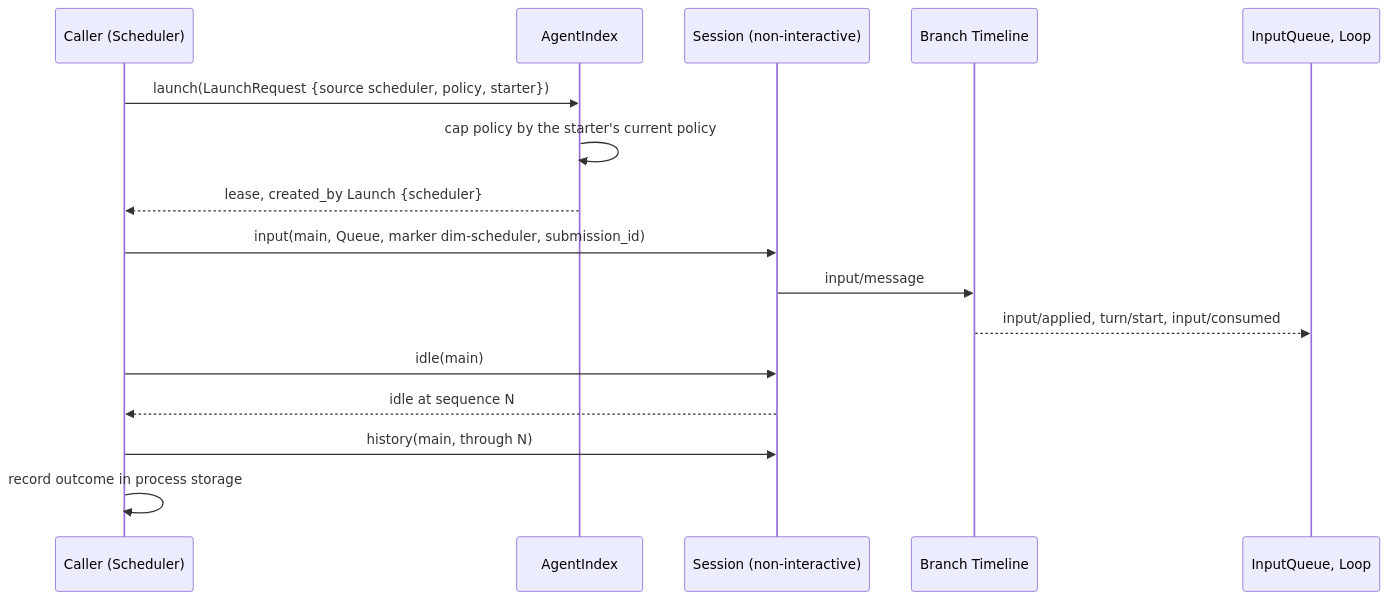
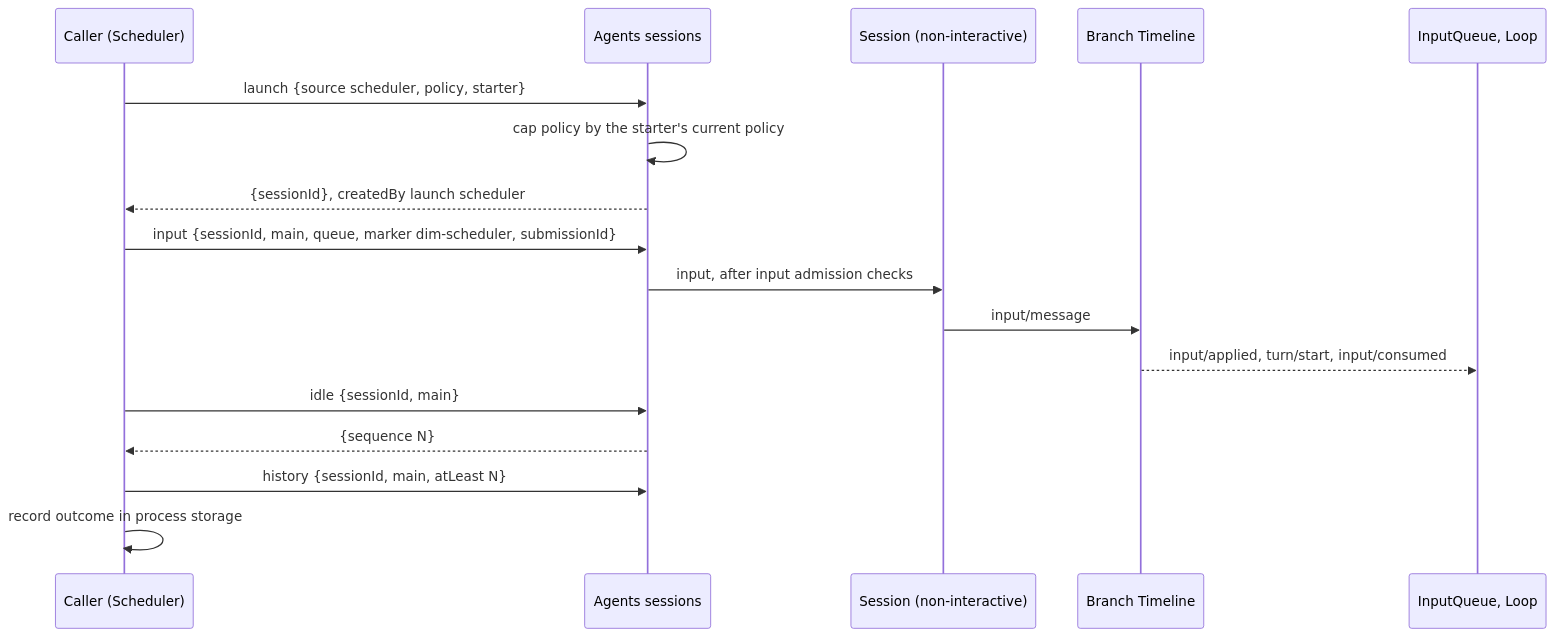
Before and after one commit to CoutinhoTTS/dim-agent: the second of 3 diagrams in docs/design/contracts/session-access.md, drawn with Mermaid. The commit also changed other lines of this file and 3 other files, not shown here.

Commit message:
docs(design): language-neutral contracts, input admission and node-offline rule in ADR 002, overview and contracts

````diff
--- a/docs/design/contracts/session-access.md
+++ b/docs/design/contracts/session-access.md
@@ -76,18 +77,19 @@
 ```mermaid
 sequenceDiagram
   participant C as Caller (Scheduler)
-  participant AI as AgentIndex
+  participant AI as Agents sessions
   participant S as Session (non-interactive)
   participant TL as Branch Timeline
   participant L as InputQueue, Loop
-  C->>AI: launch(LaunchRequest {source scheduler, policy, starter})
+  C->>AI: launch {source scheduler, policy, starter}
   AI->>AI: cap policy by the starter's current policy
-  AI-->>C: lease, created_by Launch {scheduler}
-  C->>S: input(main, Queue, marker dim-scheduler, submission_id)
+  AI-->>C: {sessionId}, createdBy launch scheduler
+  C->>AI: input {sessionId, main, queue, marker dim-scheduler, submissionId}
+  AI->>S: input, after input admission checks
   S->>TL: input/message
   TL-->>L: input/applied, turn/start, input/consumed
-  C->>S: idle(main)
-  S-->>C: idle at sequence N
-  C->>S: history(main, through N)
+  C->>AI: idle {sessionId, main}
+  AI-->>C: {sequence N}
+  C->>AI: history {sessionId, main, atLeast N}
   C->>C: record outcome in process storage
 ```
````
